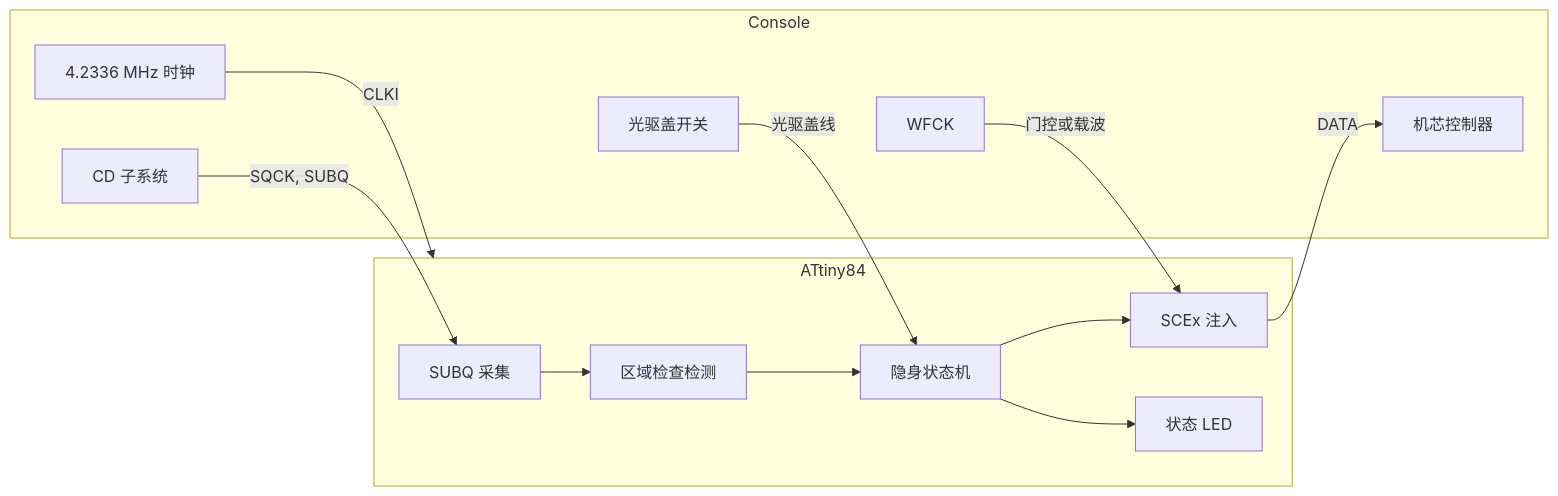
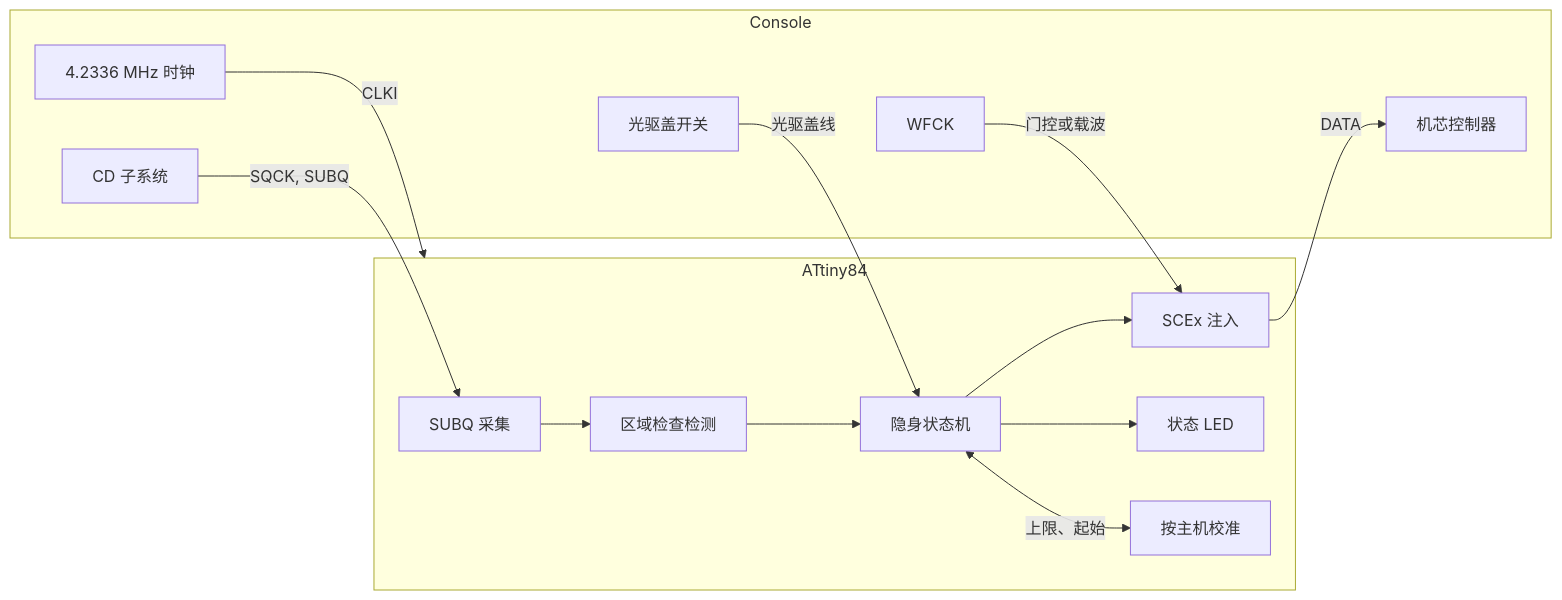
The diagram in README.zh.md (gufranco/openscex-modchip), drawn with Mermaid before and after one commit. The commit also changed other lines of this file and 2 other files, not shown here.

````diff
--- a/README.zh.md
+++ b/README.zh.md
@@ -46,24 +46,26 @@
 ```mermaid
 graph LR
     subgraph Console
         CD[CD 子系统]
         CLK[4.2336 MHz 时钟]
         LID[光驱盖开关]
         WF[WFCK]
         MECH[机芯控制器]
     end
     subgraph ATtiny84
         CAP[SUBQ 采集]
         DET[区域检查检测]
         ST[隐身状态机]
         INJ[SCEx 注入]
         LED[状态 LED]
+        CAL[按主机校准]
     end
     CD -->|SQCK, SUBQ| CAP
     CAP --> DET --> ST --> INJ
     ST --> LED
+    ST <-->|上限、起始| CAL
     LID -->|光驱盖线| ST
     WF -->|门控或载波| INJ
     CLK -->|CLKI| ATtiny84
     INJ -->|DATA| MECH
 ```
````
